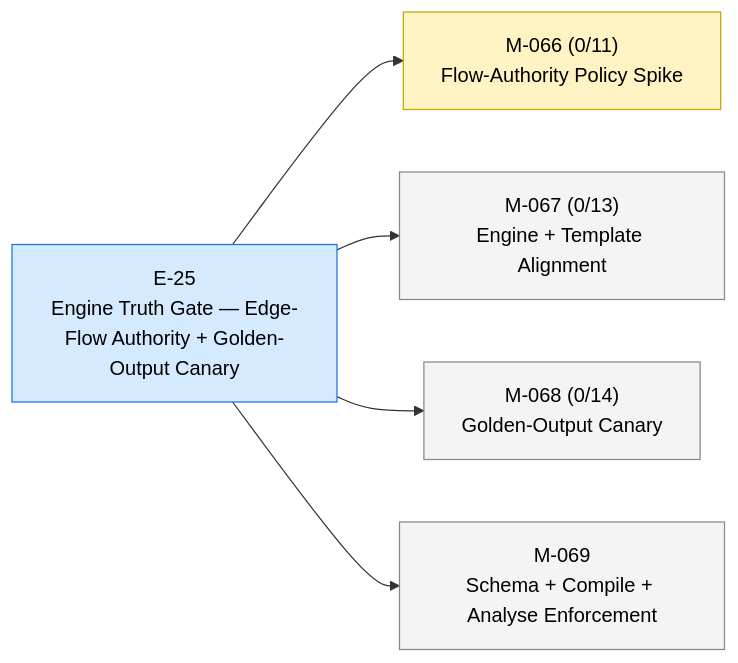
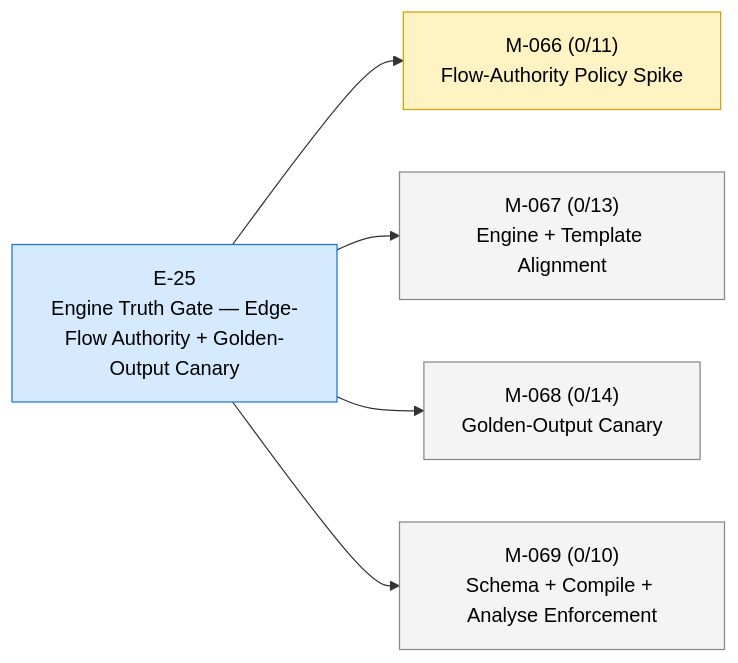
Before and after one commit to 23min/FlowTime: the diagram in STATUS.md, drawn with Mermaid. The commit also changed other lines of this file and 5 other files, not shown here.

````diff
--- a/STATUS.md
+++ b/STATUS.md
@@ -14,18 +14,18 @@
 ```mermaid
 flowchart LR
   E_25["E-25<br/>Engine Truth Gate — Edge-Flow Authority + Golden-Output Canary"]:::epic_active
   M_066["M-066 (0/11)<br/>Flow-Authority Policy Spike"]:::ms_in_progress
   E_25 --> M_066
   M_067["M-067 (0/13)<br/>Engine + Template Alignment"]:::ms_draft
   E_25 --> M_067
   M_068["M-068 (0/14)<br/>Golden-Output Canary"]:::ms_draft
   E_25 --> M_068
-  M_069["M-069<br/>Schema + Compile + Analyse Enforcement"]:::ms_draft
+  M_069["M-069 (0/10)<br/>Schema + Compile + Analyse Enforcement"]:::ms_draft
   E_25 --> M_069
   classDef epic_active fill:#d6eaff,stroke:#1a73e8,color:#000
   classDef epic_proposed fill:#f4f4f4,stroke:#888,color:#000
   classDef ms_done fill:#d8f5d8,stroke:#2a8a2a,color:#000
   classDef ms_in_progress fill:#fff3c4,stroke:#caa400,color:#000
   classDef ms_draft fill:#f4f4f4,stroke:#888,color:#000
   classDef ms_cancelled fill:#fbeaea,stroke:#c33,color:#000
 ```
````
